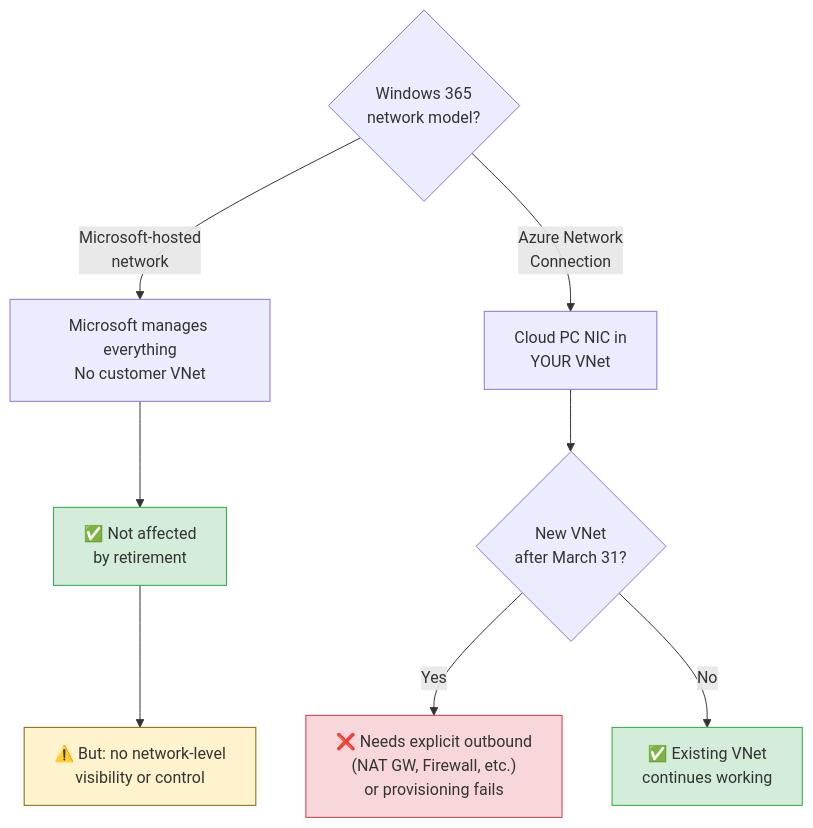
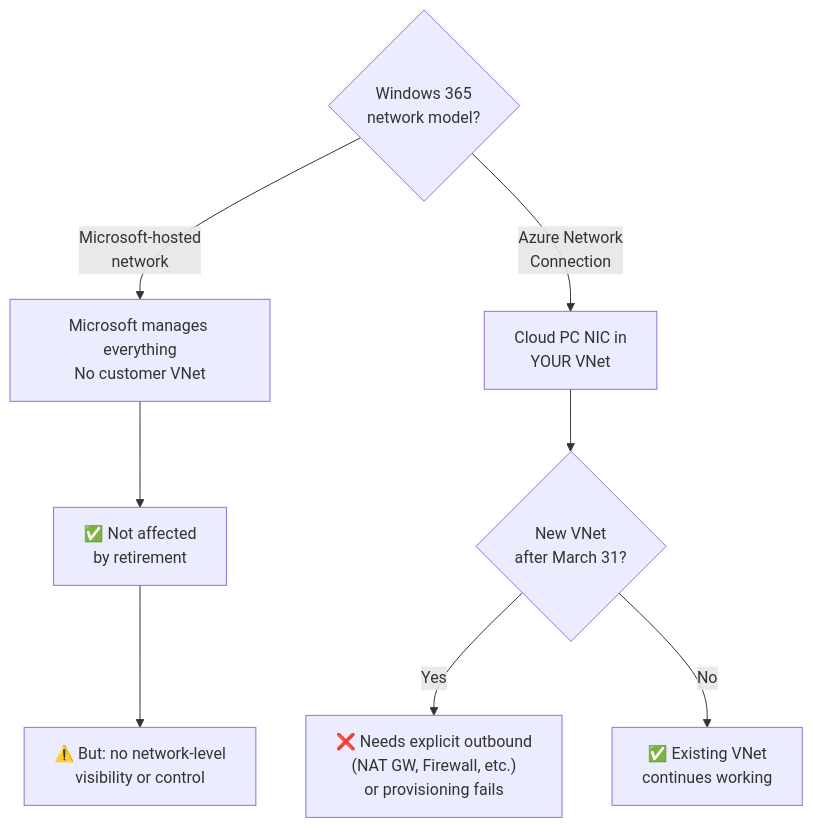
One commit to pthoor/pthoor.github.io changed the eighth of 10 diagrams in _posts/2026-03-19-Azure-Default-Outbound-Access-Retirement.md. Above: the diagram before and after it, drawn with Mermaid. The commit also changed other lines of this file and 2 other files, not shown here.

Commit message:
Final mermaid fixes

````diff
--- a/_posts/2026-03-19-Azure-Default-Outbound-Access-Retirement.md
+++ b/_posts/2026-03-19-Azure-Default-Outbound-Access-Retirement.md
@@ -394,17 +365,13 @@
 ```mermaid
 flowchart TD
     w365{"Windows 365<br/>network model?"} -->|Microsoft-hosted<br/>network| mhn["Microsoft manages everything<br/>No customer VNet"]
     w365 -->|Azure Network<br/>Connection| anc["Cloud PC NIC in<br/>YOUR VNet"]
 
     mhn --> mhn_impact["✅ Not affected<br/>by retirement"]
     anc --> anc_q{"New VNet<br/>after March 31?"}
     anc_q -->|Yes| anc_new["❌ Needs explicit outbound<br/>(NAT GW, Firewall, etc.)<br/>or provisioning fails"]
     anc_q -->|No| anc_existing["✅ Existing VNet<br/>continues working"]
 
     mhn_impact --> tradeoff["⚠️ But: no network-level<br/>visibility or control"]
 
-    style mhn_impact fill:#d4edda,stroke:#28a745
-    style anc_new fill:#f8d7da,stroke:#dc3545
-    style anc_existing fill:#d4edda,stroke:#28a745
-    style tradeoff fill:#fff3cd,stroke:#856404
 ```
````
